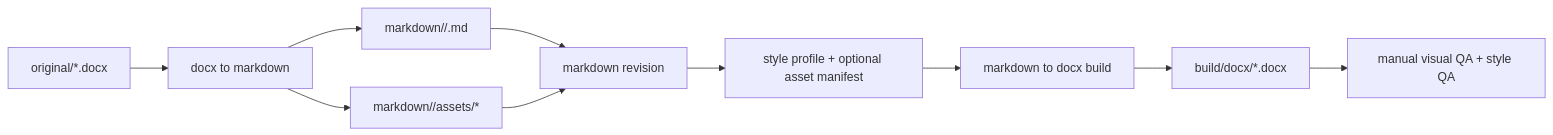
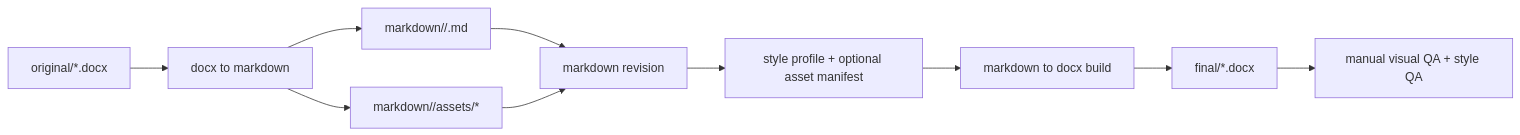
One commit to founderqiang/presentation-skills changed the diagram in word-polished-doc-collab/references/doc_workflow.md. Above: the diagram before and after it, drawn with Mermaid. The commit also changed other lines of this file and 25 other files, not shown here.

````diff
--- a/word-polished-doc-collab/references/doc_workflow.md
+++ b/word-polished-doc-collab/references/doc_workflow.md
@@ -32,12 +35,12 @@
 ```mermaid
 flowchart LR
     A[original/*.docx] --> B[docx to markdown]
     B --> C[markdown/<doc>/<doc>.md]
     B --> D[markdown/<doc>/assets/*]
     C --> E[markdown revision]
     D --> E
     E --> F[style profile + optional asset manifest]
     F --> G[markdown to docx build]
-    G --> H[build/docx/*.docx]
+    G --> H[final/*.docx]
     H --> I[manual visual QA + style QA]
 ```
````
